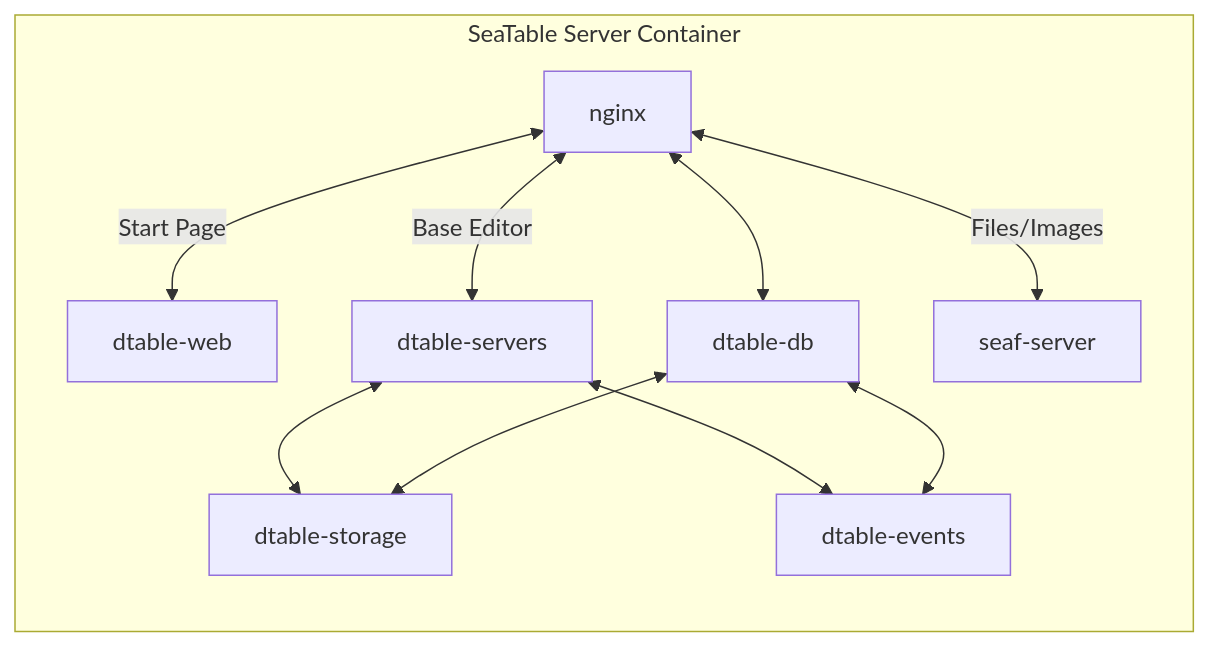
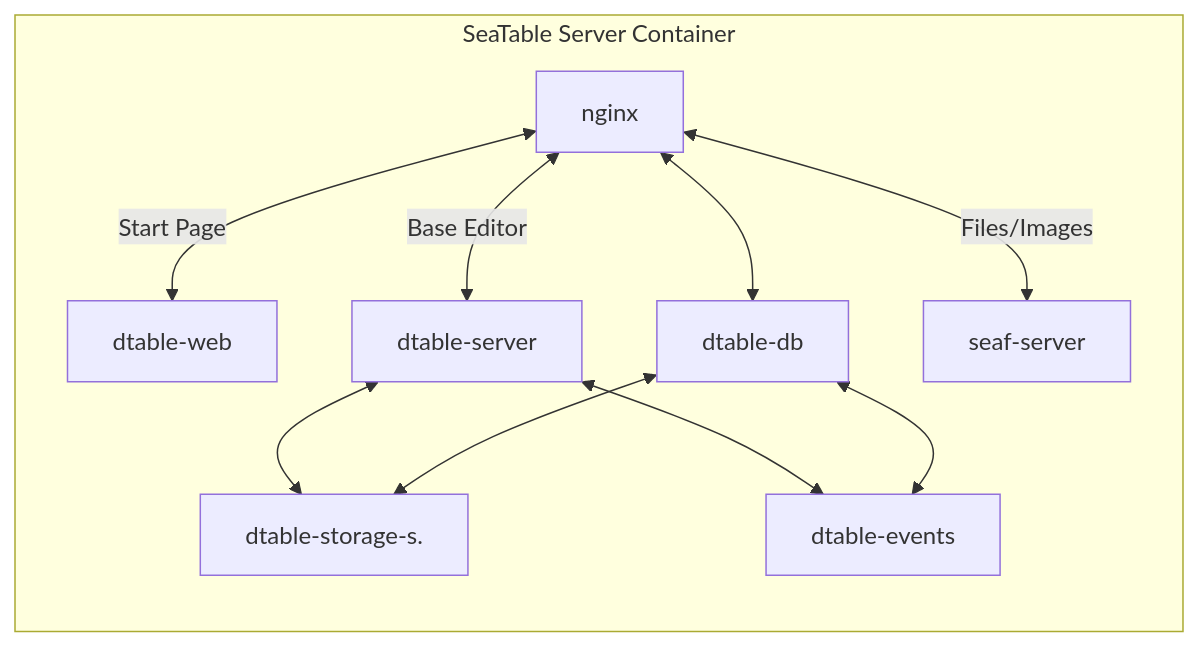
One commit to seatable/seatable-admin-docs changed the second of 2 diagrams in docs/introduction/architecture.md. Above: the diagram before and after it, drawn with Mermaid. The commit also changed other lines of this file, not shown here.

First line of the commit message:
Update architecture.md

````diff
--- a/docs/introduction/architecture.md
+++ b/docs/introduction/architecture.md
@@ -40,20 +40,20 @@
 ```mermaid
 flowchart LR
     subgraph s[SeaTable Server Container]
         A[nginx]
         B[dtable-web]
-        C[dtable-servers]
+        C[dtable-server]
         D[dtable-db]
         E[seaf-server]
         G[dtable-events]
-        F[dtable-storage]
+        F[dtable-storage-s.]
         A<-- Start Page -->B
         A<-- Base Editor -->C
         A<-->D
         A<-- Files/Images -->E
         C<-->F
         D<-->F
         C<-->G
         D<-->G
     end
 ```
````
